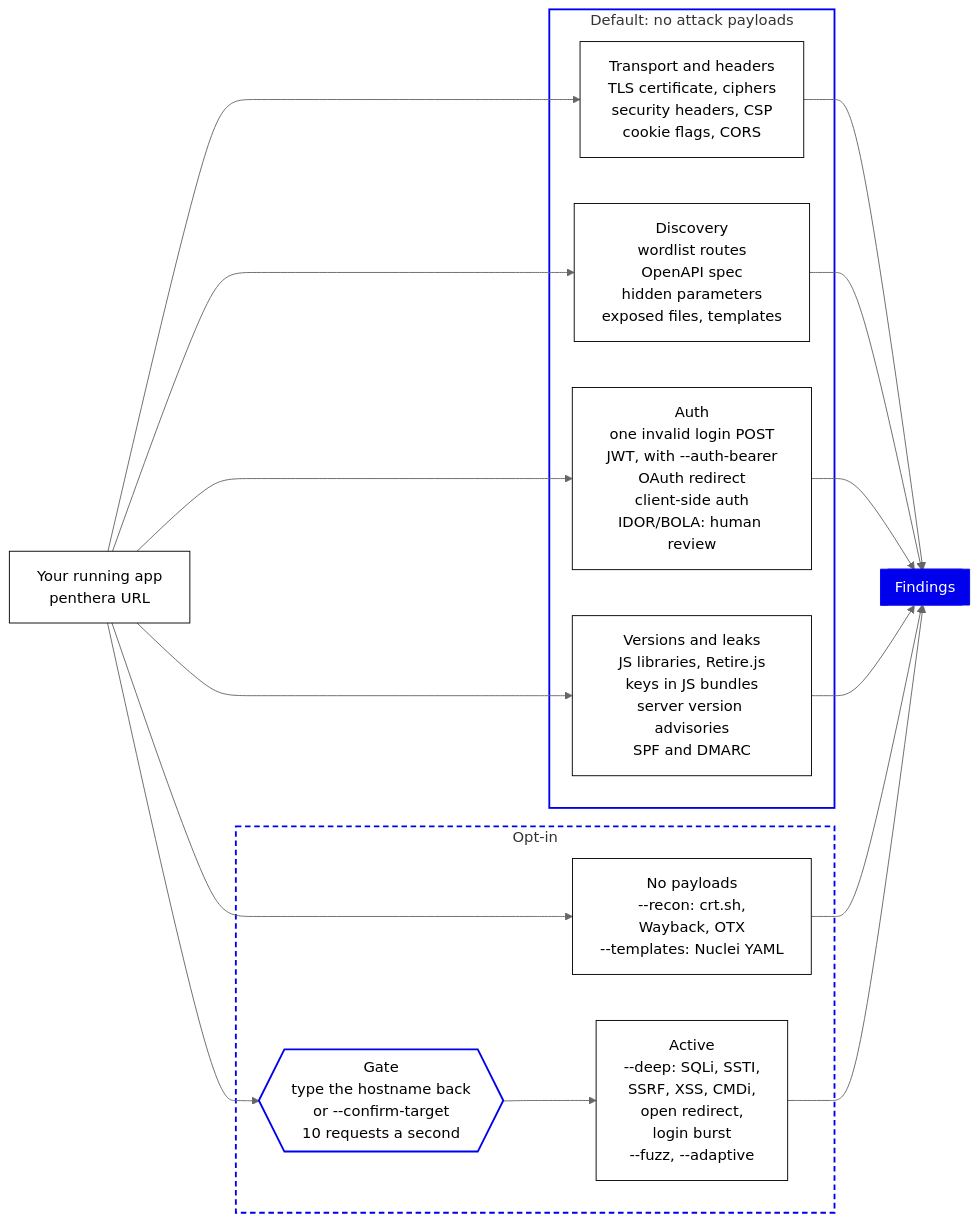
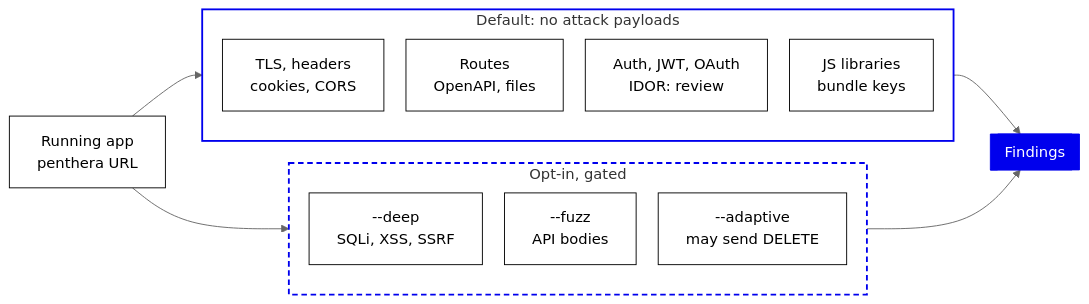
The second of 4 diagrams in README.md (danoszz/penthera), drawn with Mermaid (neutral theme) before and after one commit. The commit also changed other lines of this file and 2 other files, not shown here.

First line of the commit message:
docs: simple diagram first, advanced views under toggles

````diff
--- a/README.md
+++ b/README.md
@@ -244,30 +242,30 @@
 ```mermaid
+%%{init: {"flowchart": {"nodeSpacing": 24, "rankSpacing": 40}}}%%
 flowchart LR
-    APP["Your running app<br/>penthera URL"]
+    APP["Running app<br/>penthera URL"] --> DEF
+    APP --> ACT
 
     subgraph DEF["Default: no attack payloads"]
-        B1["Transport and headers<br/>TLS certificate, ciphers<br/>security headers, CSP<br/>cookie flags, CORS"]
-        B2["Discovery<br/>wordlist routes<br/>OpenAPI spec<br/>hidden parameters<br/>exposed files, templates"]
-        B3["Auth<br/>one invalid login POST<br/>JWT, with --auth-bearer<br/>OAuth redirect<br/>client-side auth<br/>IDOR/BOLA: human review"]
-        B4["Versions and leaks<br/>JS libraries, Retire.js<br/>keys in JS bundles<br/>server version advisories<br/>SPF and DMARC"]
+        direction TB
+        B1["TLS, headers<br/>cookies, CORS"]
+        B2["Routes<br/>OpenAPI, files"]
+        B3["Auth, JWT, OAuth<br/>IDOR: review"]
+        B4["JS libraries<br/>bundle keys"]
     end
 
-    subgraph OPT["Opt-in"]
-        B5["No payloads<br/>--recon: crt.sh,<br/>Wayback, OTX<br/>--templates: Nuclei YAML"]
-        G{{"Gate<br/>type the hostname back<br/>or --confirm-target<br/>10 requests a second"}}
-        B6["Active<br/>--deep: SQLi, SSTI,<br/>SSRF, XSS, CMDi,<br/>open redirect,<br/>login burst<br/>--fuzz, --adaptive"]
+    subgraph ACT["Opt-in, gated"]
+        direction TB
+        A1["--deep<br/>SQLi, XSS, SSRF"]
+        A2["--fuzz<br/>API bodies"]
+        A3["--adaptive<br/>may send DELETE"]
     end
 
-    APP --> B1 & B2 & B3 & B4 & B5
-    APP --> G --> B6
-    B1 & B2 & B3 & B4 & B5 & B6 --> F[["Findings"]]
+    DEF & ACT --> F[["Findings"]]
 
     classDef core fill:#0000ed,stroke:#0000ed,color:#ffffff
     classDef box fill:#ffffff,stroke:#000000,color:#000000
-    classDef gate fill:#ffffff,stroke:#0000ed,color:#000000,stroke-width:2px
     class F core
-    class APP,B1,B2,B3,B4,B5,B6 box
-    class G gate
+    class APP,B1,B2,B3,B4,A1,A2,A3 box
     style DEF fill:none,stroke:#0000ed,stroke-width:2px
-    style OPT fill:none,stroke:#0000ed,stroke-width:2px,stroke-dasharray:6 4
+    style ACT fill:none,stroke:#0000ed,stroke-width:2px,stroke-dasharray:6 4
 ```
````
